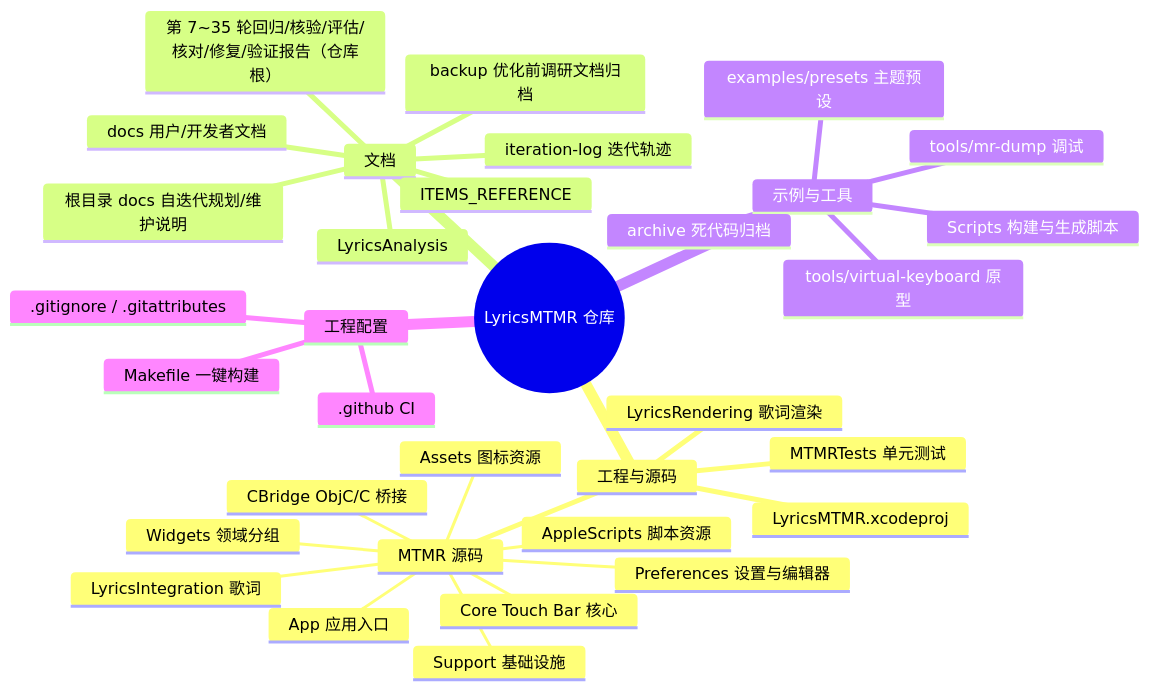
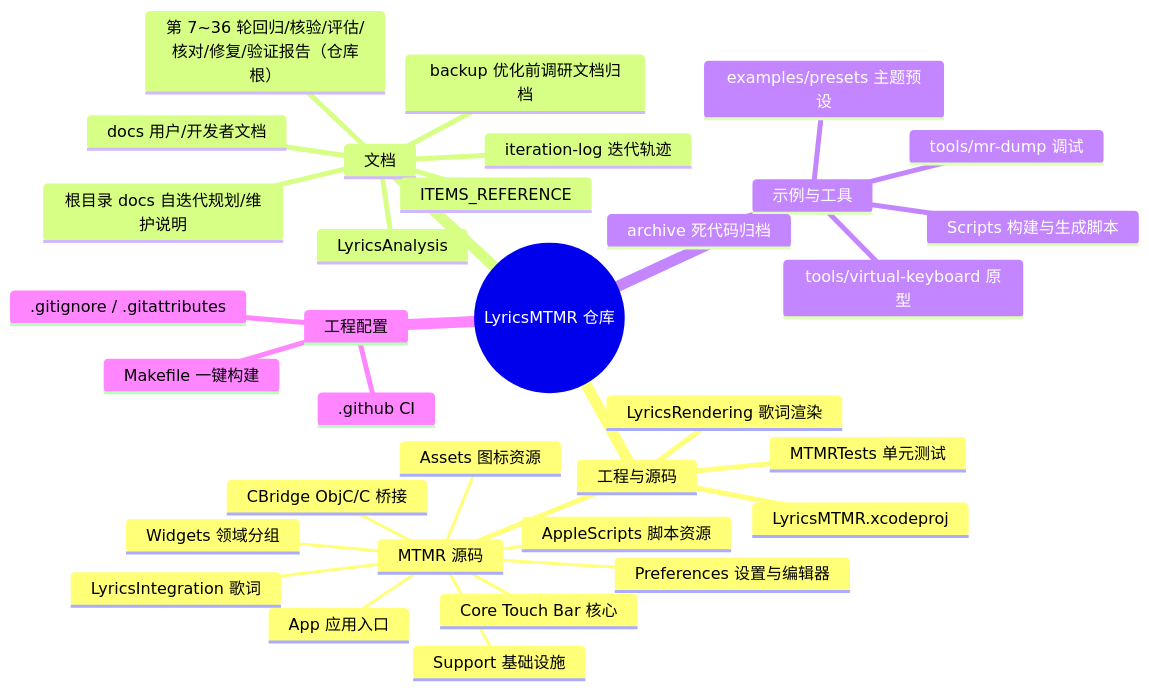
One commit to Tangzishun-Li/LyricsMTMR changed the first of 2 diagrams in LyricsMTMR/docs/file-structure.zh.md. Above: the diagram before and after it, drawn with Mermaid. The commit also changed other lines of this file and 3 other files, not shown here.

````diff
--- a/LyricsMTMR/docs/file-structure.zh.md
+++ b/LyricsMTMR/docs/file-structure.zh.md
@@ -10,36 +10,36 @@
 ```mermaid
 mindmap
   root((LyricsMTMR 仓库))
     工程与源码
       LyricsMTMR.xcodeproj
       MTMR 源码
         App 应用入口
         Core Touch Bar 核心
         Support 基础设施
         Widgets 领域分组
         Preferences 设置与编辑器
         LyricsIntegration 歌词
         CBridge ObjC/C 桥接
         AppleScripts 脚本资源
         Assets 图标资源
       LyricsRendering 歌词渲染
       MTMRTests 单元测试
     文档
       docs 用户/开发者文档
       ITEMS_REFERENCE
       LyricsAnalysis
       backup 优化前调研文档归档
       iteration-log 迭代轨迹
       根目录 docs 自迭代规划/维护说明
-      第 7~35 轮回归/核验/评估/核对/修复/验证报告（仓库根）
+      第 7~36 轮回归/核验/评估/核对/修复/验证报告（仓库根）
     示例与工具
       examples/presets 主题预设
       tools/mr-dump 调试
       tools/virtual-keyboard 原型
       Scripts 构建与生成脚本
       archive 死代码归档
     工程配置
       .github CI
       .gitignore / .gitattributes
       Makefile 一键构建
 ```
````
